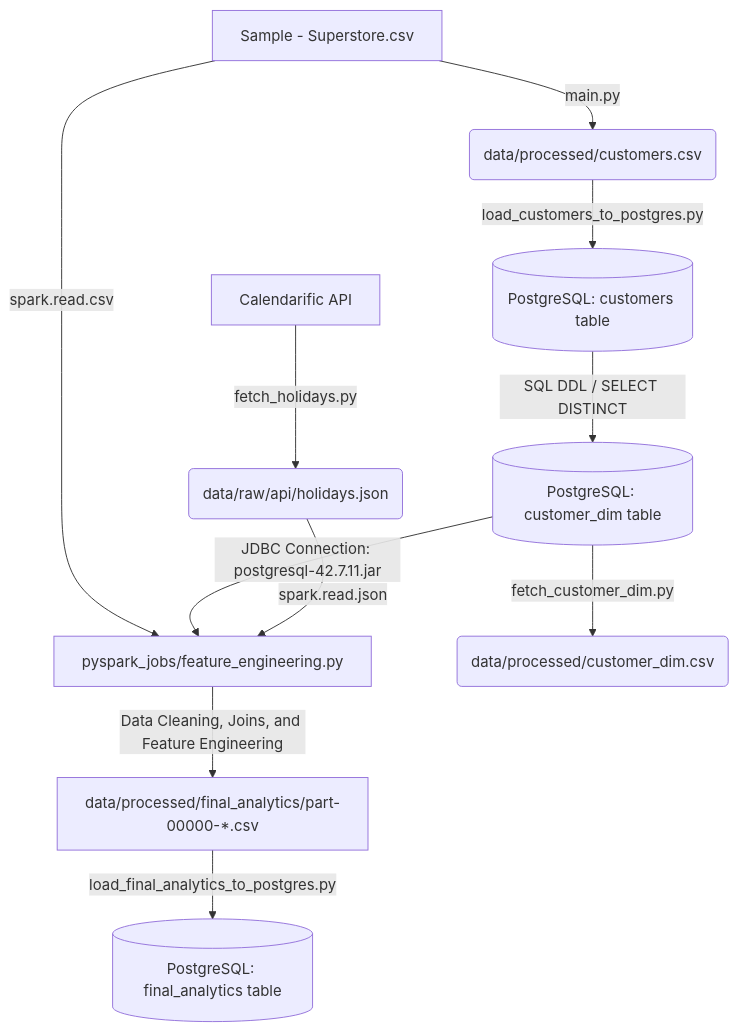
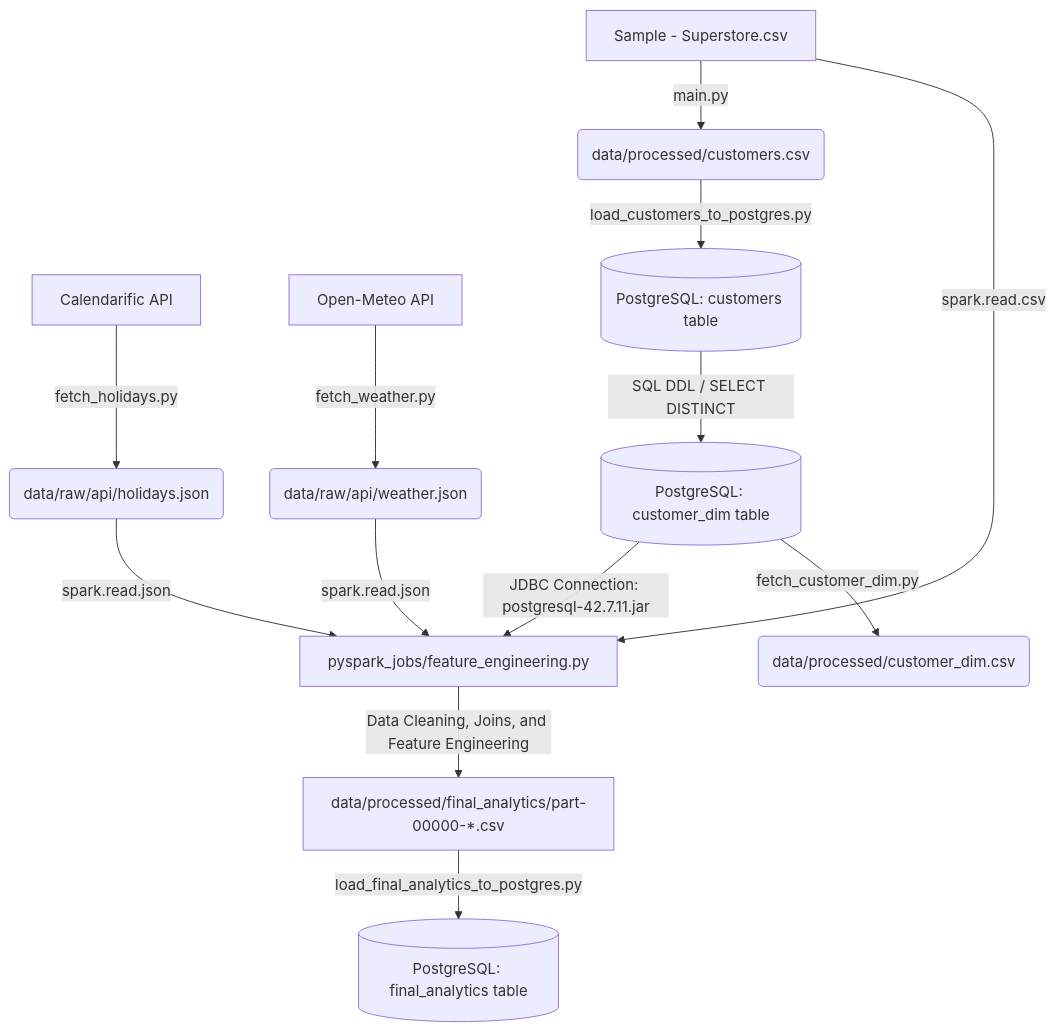
One commit to prakash14789/weather-sales-analytics-pipeline changed the diagram in README.md. Above: the diagram before and after it, drawn with Mermaid. The commit also changed other lines of this file and 5 other files, not shown here.

Commit message:
Integrate historical weather data and feature engineering metrics

````diff
--- a/README.md
+++ b/README.md
@@ -27,20 +28,22 @@
 ```mermaid
 graph TD
     %% Source Ingestion
     API[Calendarific API] -->|fetch_holidays.py| RawJSON(data/raw/api/holidays.json)
+    WeatherAPI[Open-Meteo API] -->|fetch_weather.py| RawWeatherJSON(data/raw/api/weather.json)
     RawCSV[Sample - Superstore.csv] -->|main.py| ProcessedCust(data/processed/customers.csv)
     
     %% Database Loading
     ProcessedCust -->|load_customers_to_postgres.py| PostgresCust[(PostgreSQL: customers table)]
     PostgresCust -->|SQL DDL / SELECT DISTINCT| PostgresDim[(PostgreSQL: customer_dim table)]
 
     %% PySpark ETL Job
     RawCSV -->|spark.read.csv| SparkETL[pyspark_jobs/feature_engineering.py]
     PostgresDim -->|JDBC Connection: postgresql-42.7.11.jar| SparkETL
     RawJSON -->|spark.read.json| SparkETL
+    RawWeatherJSON -->|spark.read.json| SparkETL
 
     %% Output Generation
     SparkETL -->|Data Cleaning, Joins, and Feature Engineering| OutCSV[data/processed/final_analytics/part-00000-*.csv]
     PostgresDim -->|fetch_customer_dim.py| ProcDimCSV(data/processed/customer_dim.csv)
     OutCSV -->|load_final_analytics_to_postgres.py| PostgresFinal[(PostgreSQL: final_analytics table)]
 ```
````
